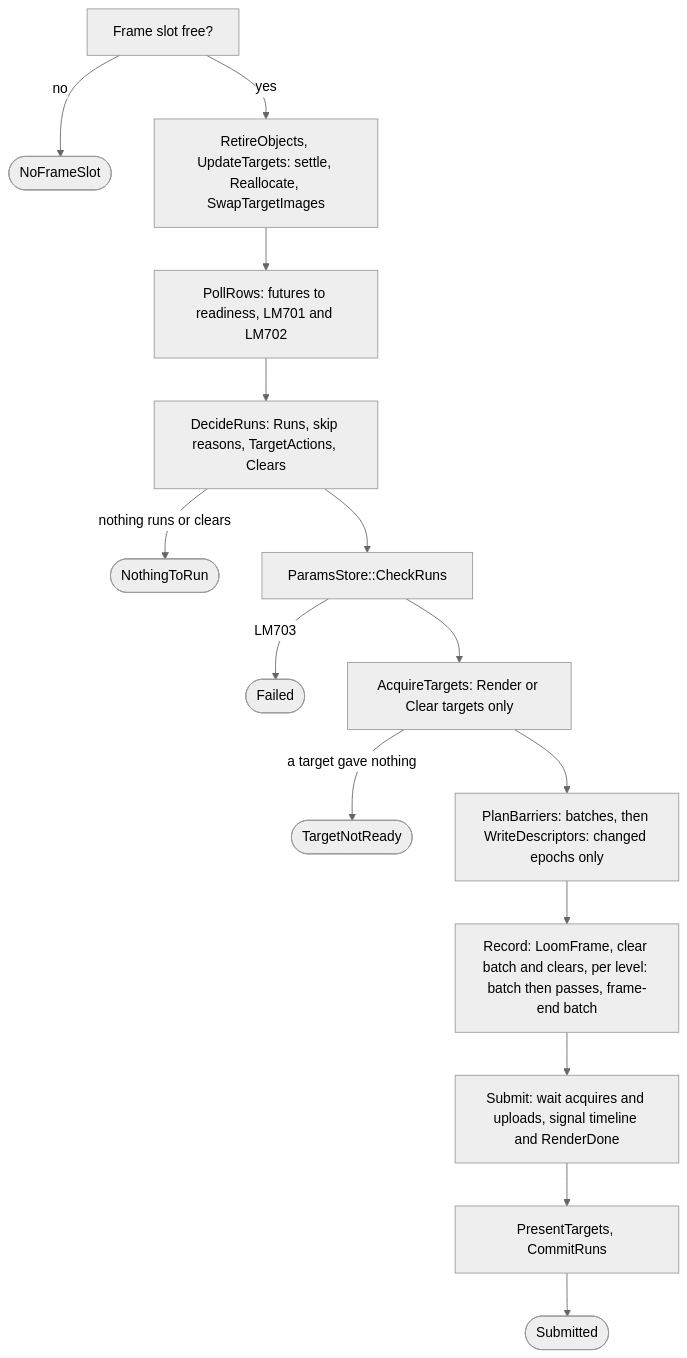
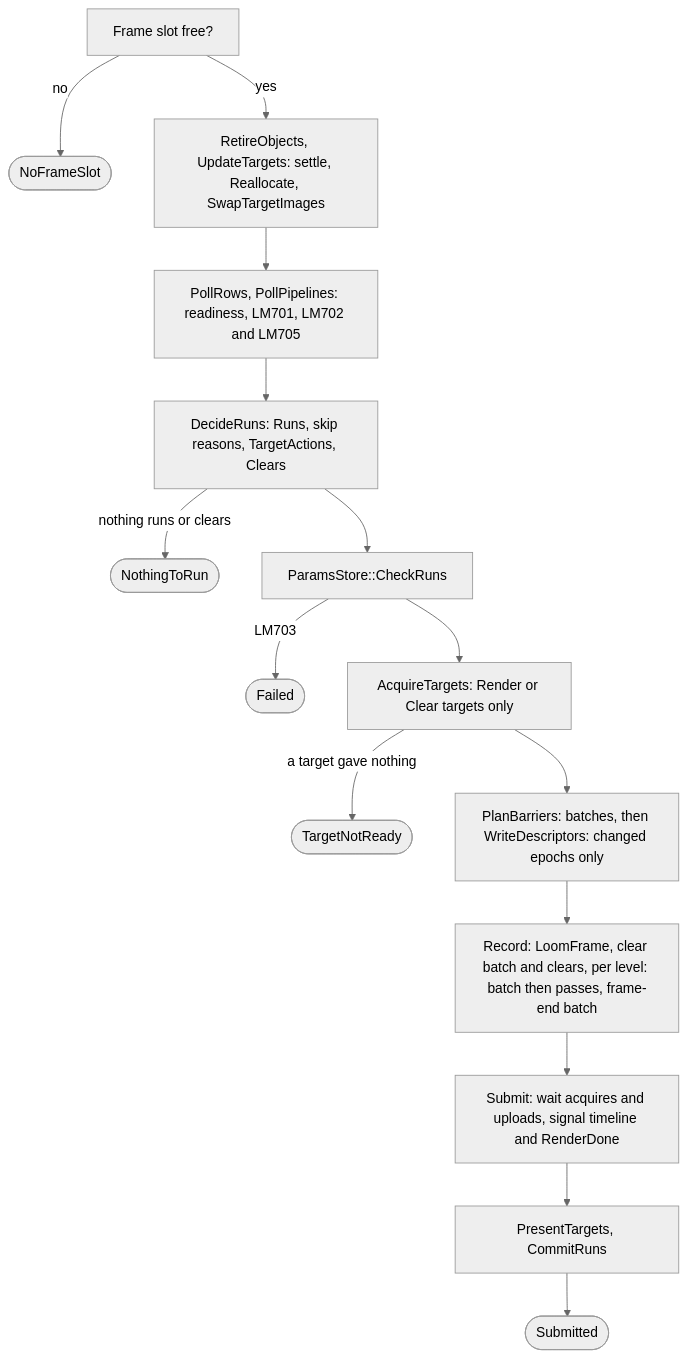
One commit to fuchstraumer/DiamondDogs changed the second of 4 diagrams in modules/RenderGraph/README.md. Above: the diagram before and after it, drawn with Mermaid (neutral theme). The commit also changed other lines of this file and 35 other files, not shown here.

````diff
--- a/modules/RenderGraph/README.md
+++ b/modules/RenderGraph/README.md
@@ -499,17 +509,17 @@
 ```mermaid
 flowchart TD
     A[Frame slot free?] -- no --> A1([NoFrameSlot])
     A -- yes --> B[RetireObjects, UpdateTargets: settle, Reallocate, SwapTargetImages]
-    B --> C[PollRows: futures to readiness, LM701 and LM702]
+    B --> C[PollRows, PollPipelines: readiness, LM701, LM702 and LM705]
     C --> D[DecideRuns: Runs, skip reasons, TargetActions, Clears]
     D -- nothing runs or clears --> D1([NothingToRun])
     D --> E[ParamsStore::CheckRuns]
     E -- LM703 --> E1([Failed])
     E --> F[AcquireTargets: Render or Clear targets only]
     F -- a target gave nothing --> F1([TargetNotReady])
     F --> G[PlanBarriers: batches, then WriteDescriptors: changed epochs only]
     G --> H[Record: LoomFrame, clear batch and clears, per level: batch then passes, frame-end batch]
     H --> I[Submit: wait acquires and uploads, signal timeline and RenderDone]
     I --> J[PresentTargets, CommitRuns]
     J --> K([Submitted])
 ```
````
